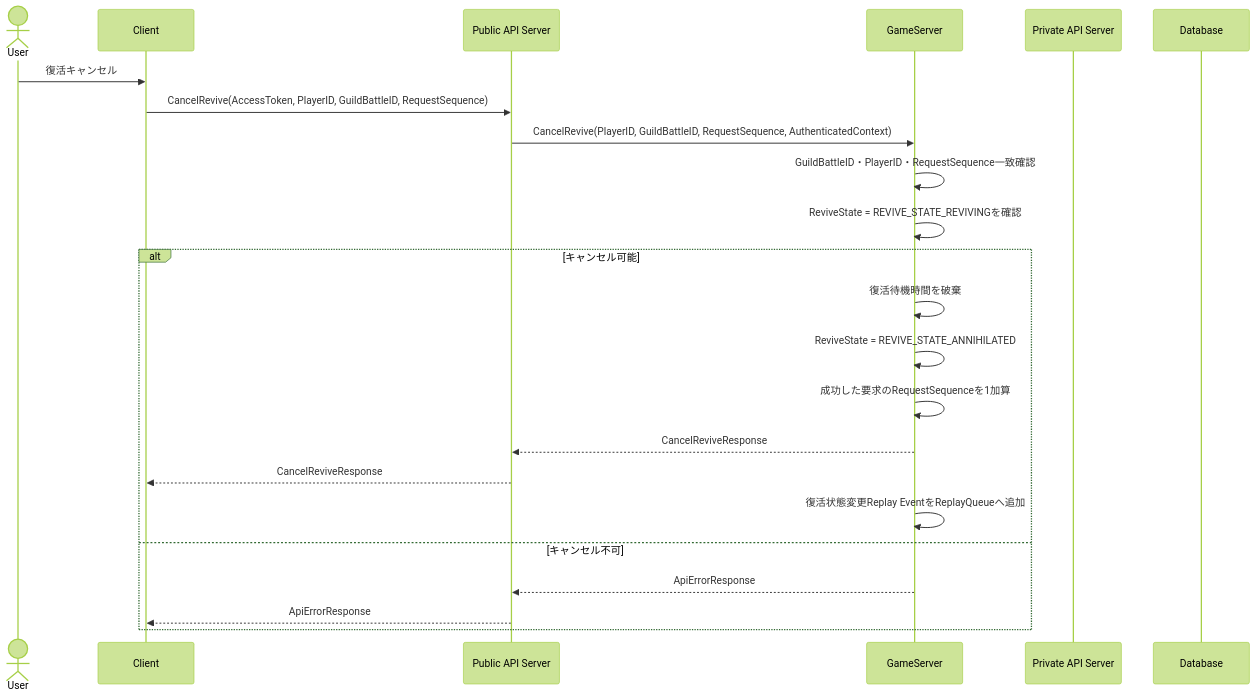
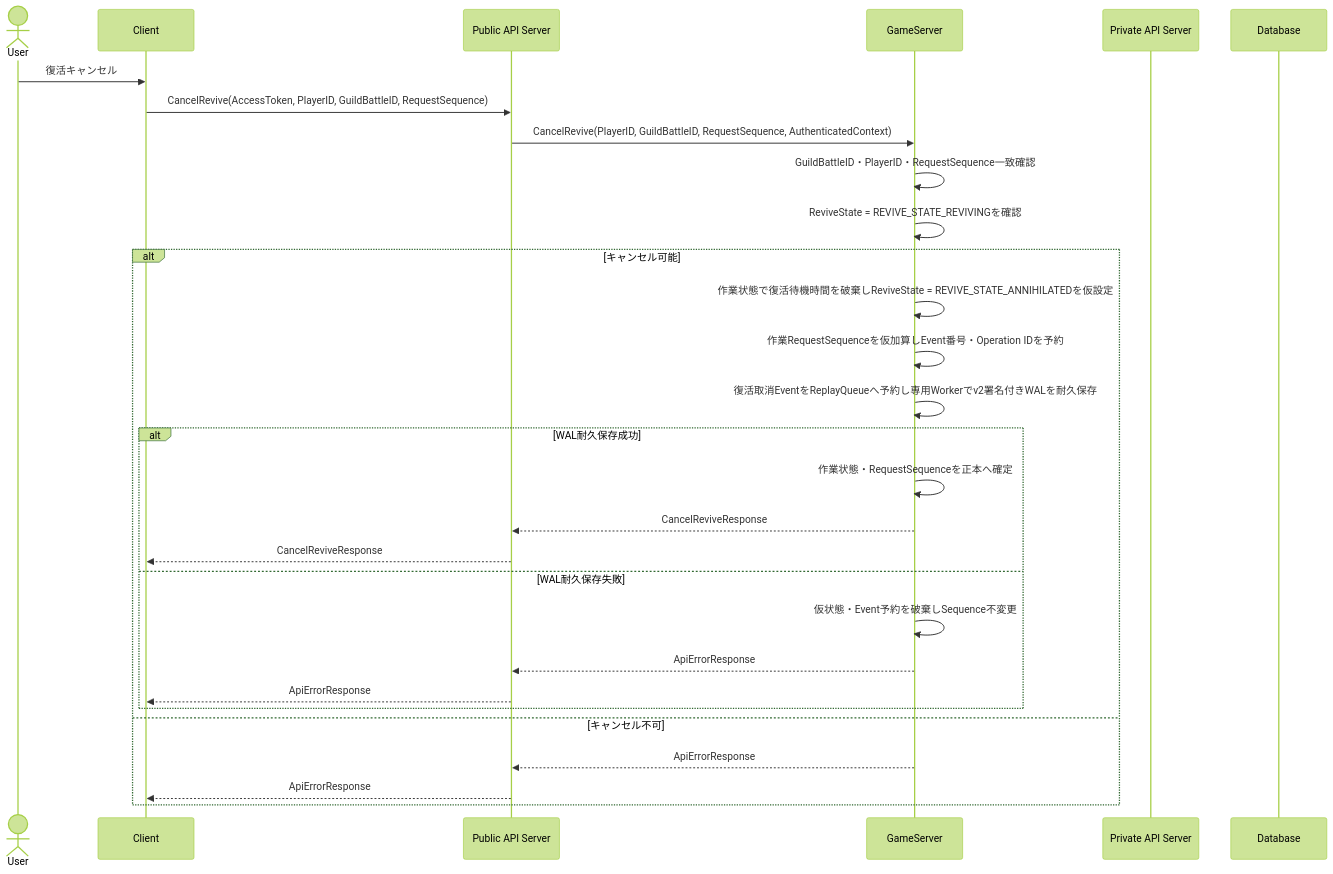
Diagram 12 of 14 in design/server/guild_battle.md (ReHydrangeaOdyssey/Specifications), drawn with Mermaid (forest theme) before and after one commit. The commit also changed other lines of this file and 8 other files, not shown here.

````diff
--- a/design/server/guild_battle.md
+++ b/design/server/guild_battle.md
@@ -593,29 +646,34 @@
 ```mermaid
 sequenceDiagram
     actor User
     participant Client
     participant PublicAPIServer as Public API Server
     participant GameServer
     participant PrivateAPIServer as Private API Server
     participant Database
 
     User->>Client: 復活キャンセル
     Client->>PublicAPIServer: CancelRevive(AccessToken, PlayerID, GuildBattleID, RequestSequence)
     PublicAPIServer->>GameServer: CancelRevive(PlayerID, GuildBattleID, RequestSequence, AuthenticatedContext)
 
     GameServer->>GameServer: GuildBattleID・PlayerID・RequestSequence一致確認
     GameServer->>GameServer: ReviveState = REVIVE_STATE_REVIVINGを確認
 
     alt キャンセル可能
-        GameServer->>GameServer: 復活待機時間を破棄
-        GameServer->>GameServer: ReviveState = REVIVE_STATE_ANNIHILATED
-        GameServer->>GameServer: 成功した要求のRequestSequenceを1加算
-        GameServer-->>PublicAPIServer: CancelReviveResponse
-        PublicAPIServer-->>Client: CancelReviveResponse
-
-        GameServer ->> GameServer: 復活状態変更Replay EventをReplayQueueへ追加
+        GameServer->>GameServer: 作業状態で復活待機時間を破棄しReviveState = REVIVE_STATE_ANNIHILATEDを仮設定
+        GameServer->>GameServer: 作業RequestSequenceを仮加算しEvent番号・Operation IDを予約
+        GameServer->>GameServer: 復活取消EventをReplayQueueへ予約し専用Workerでv2署名付きWALを耐久保存
+        alt WAL耐久保存成功
+            GameServer->>GameServer: 作業状態・RequestSequenceを正本へ確定
+            GameServer-->>PublicAPIServer: CancelReviveResponse
+            PublicAPIServer-->>Client: CancelReviveResponse
+        else WAL耐久保存失敗
+            GameServer->>GameServer: 仮状態・Event予約を破棄しSequence不変更
+            GameServer-->>PublicAPIServer: ApiErrorResponse
+            PublicAPIServer-->>Client: ApiErrorResponse
+        end
     else キャンセル不可
         GameServer-->>PublicAPIServer: ApiErrorResponse
         PublicAPIServer-->>Client: ApiErrorResponse
     end
 ```
````
